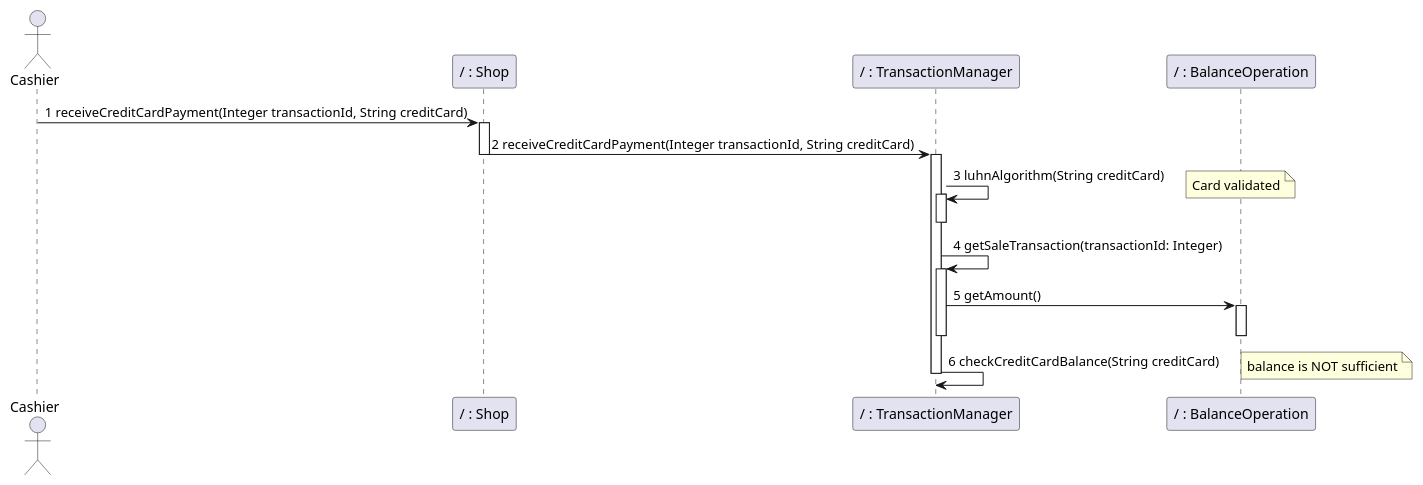
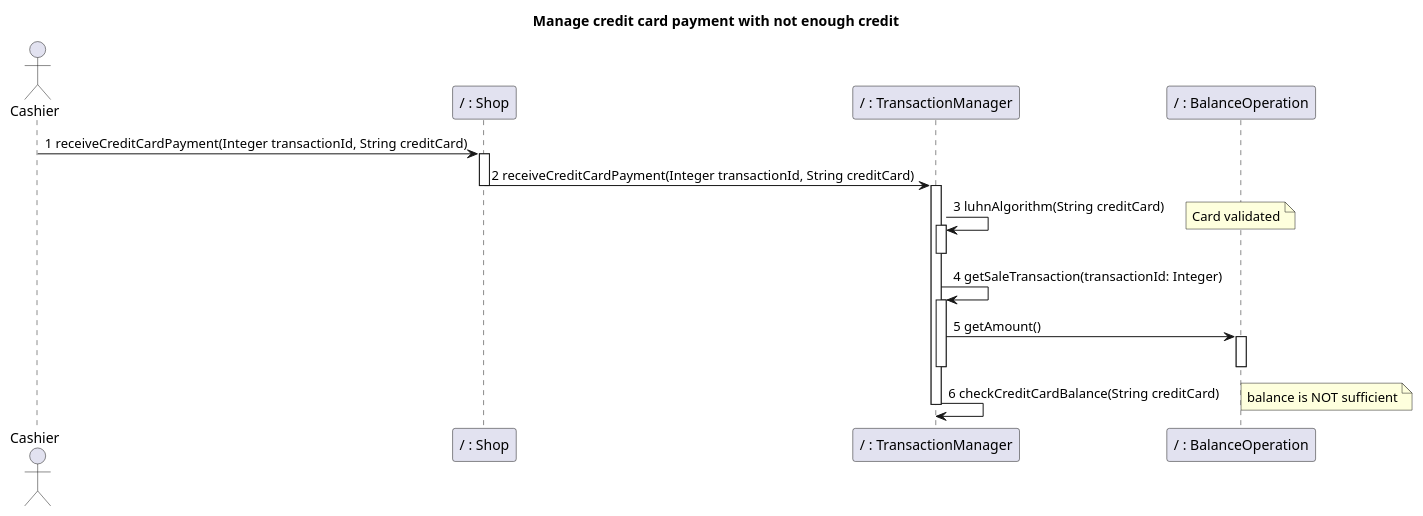
One commit to nicolabattaglino/ezshop changed diagram 26 of 32 in Deliverables/DesignDocument.md. Above: the diagram before and after it, drawn with PlantUML. The commit also changed other lines of this file, not shown here.

````diff
--- a/Deliverables/DesignDocument.md
+++ b/Deliverables/DesignDocument.md
@@ -1295,26 +1306,32 @@
 ```plantuml
 @startuml
+
+title
+Manage credit card payment with not enough credit
+end title
+
+
 actor Cashier
 participant "/ : Shop" as Shop
 participant "/ : TransactionManager" as TransactionManager
 participant "/ : BalanceOperation" as BalanceOperation
 Cashier -> Shop:1 receiveCreditCardPayment(Integer transactionId, String creditCard)
 activate Shop
 Shop -> TransactionManager:2 receiveCreditCardPayment(Integer transactionId, String creditCard)
 deactivate Shop
 activate TransactionManager
 TransactionManager -> TransactionManager:3 luhnAlgorithm(String creditCard)
 note right: Card validated
 activate TransactionManager
 deactivate TransactionManager
 TransactionManager -> TransactionManager:4 getSaleTransaction(transactionId: Integer)
 activate TransactionManager
 TransactionManager -> BalanceOperation :5 getAmount()
 activate BalanceOperation
 deactivate BalanceOperation
 deactivate TransactionManager
 TransactionManager -> TransactionManager:6 checkCreditCardBalance(String creditCard)
 note right: balance is NOT sufficient
 deactivate TransactionManager
 @enduml
 ```
````
